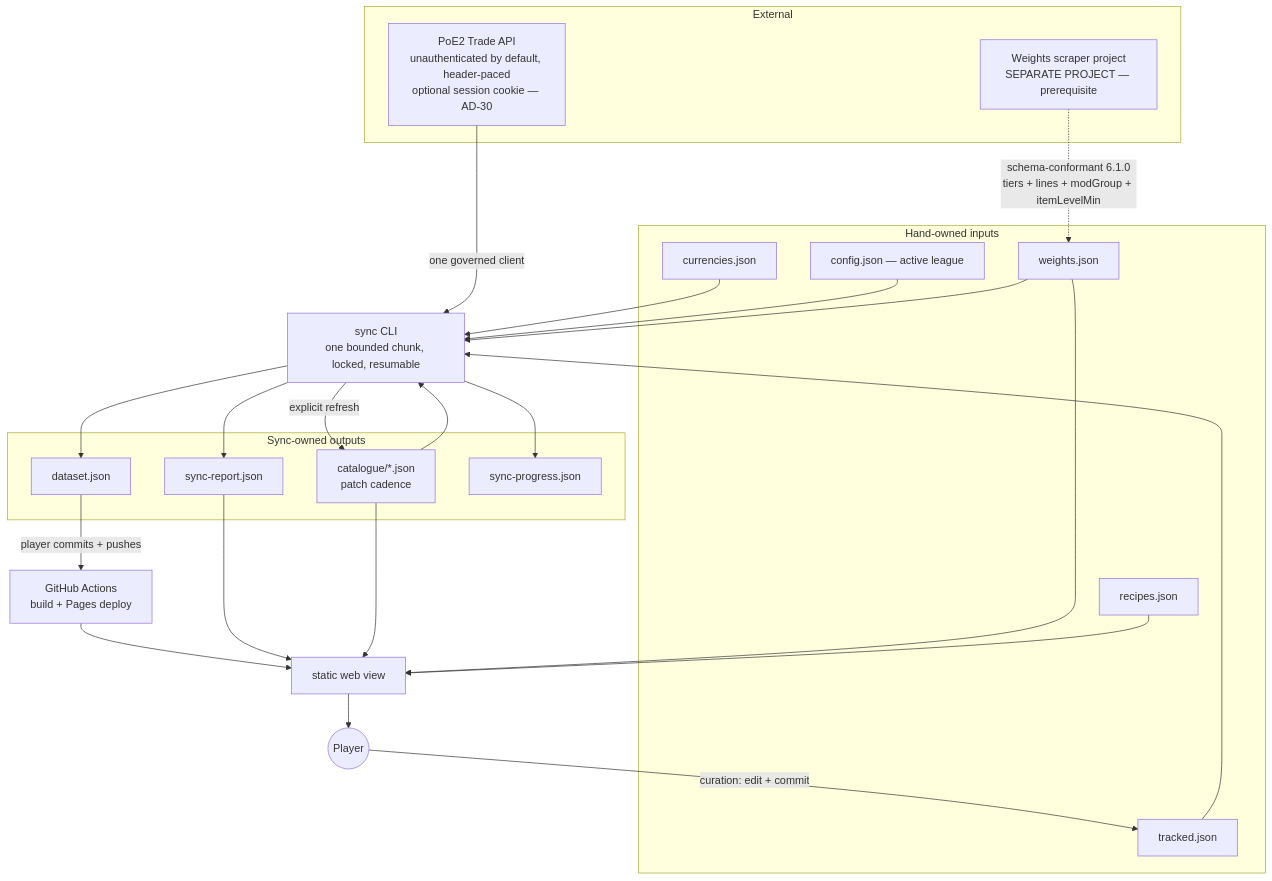
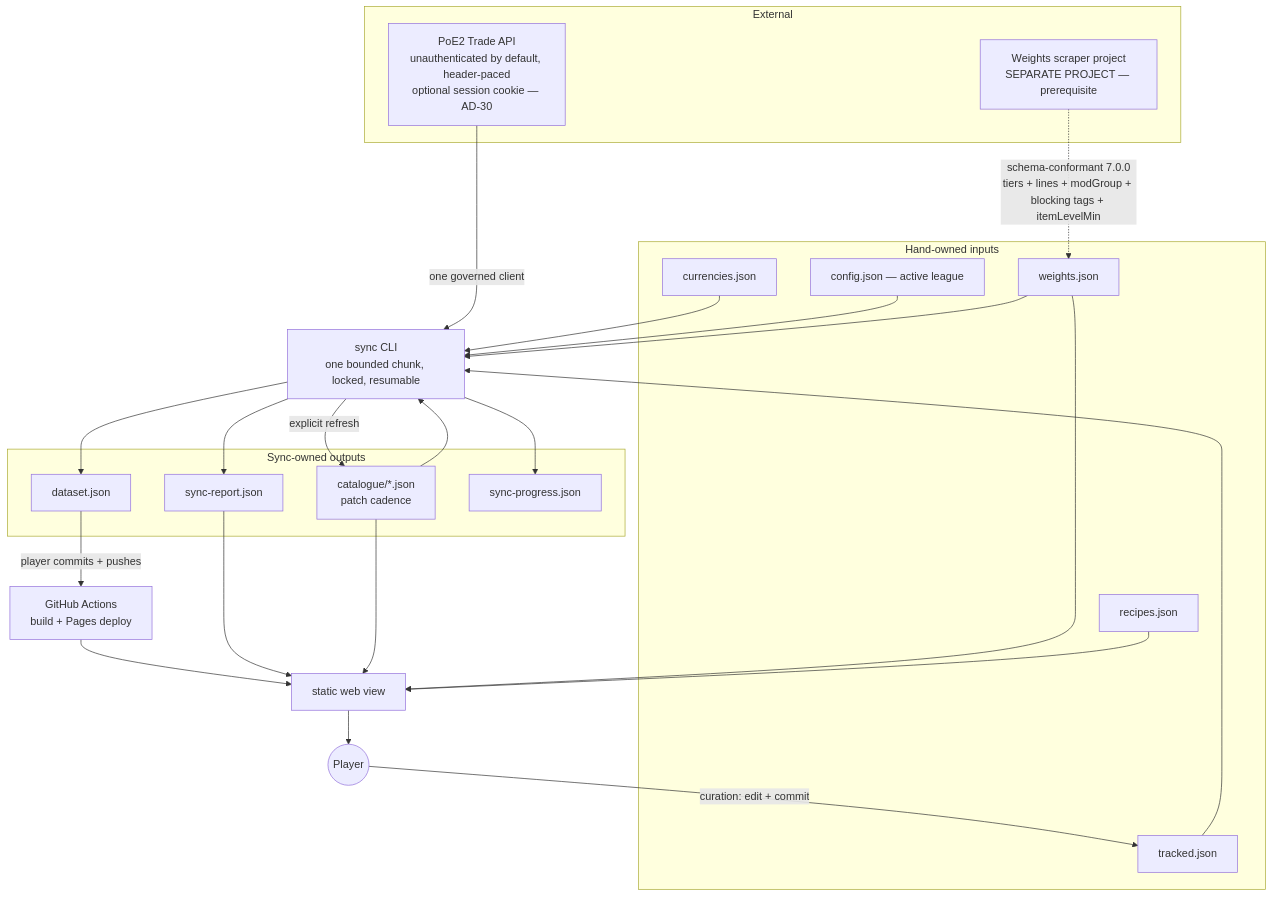
Before and after one commit to Dragsaw/poe-crafting-base-price-checker: the second of 3 diagrams in docs/architecture/architecture-poe-crafting-base-price-checker-2026-09-12/ARCHITECTURE-SPINE.md, drawn with Mermaid. The commit also changed other lines of this file and 10 other files, not shown here.

````diff
--- a/docs/architecture/architecture-poe-crafting-base-price-checker-2026-09-12/ARCHITECTURE-SPINE.md
+++ b/docs/architecture/architecture-poe-crafting-base-price-checker-2026-09-12/ARCHITECTURE-SPINE.md
@@ -1727,47 +1729,47 @@
 ```mermaid
 graph TB
   subgraph external[External]
     trade[PoE2 Trade API<br/>unauthenticated by default, header-paced<br/>optional session cookie — AD-30]
     producer[Weights scraper project<br/>SEPARATE PROJECT — prerequisite]
   end
 
   subgraph inputs[Hand-owned inputs]
     tracked[tracked.json]
     currencies[currencies.json]
     recipes[recipes.json]
     config[config.json — active league]
     weights[weights.json]
   end
 
   subgraph outputs[Sync-owned outputs]
     catalogue[catalogue/*.json<br/>patch cadence]
     dataset[dataset.json]
     report[sync-report.json]
     progress[sync-progress.json]
   end
 
   sync[sync CLI<br/>one bounded chunk, locked, resumable]
   pages[GitHub Actions<br/>build + Pages deploy]
   web[static web view]
   player((Player))
 
   trade -->|one governed client| sync
   tracked --> sync
   currencies --> sync
   config --> sync
   catalogue --> sync
   weights --> sync
   sync -->|explicit refresh| catalogue
   sync --> dataset
   sync --> report
   sync --> progress
-  producer -.->|schema-conformant 6.1.0<br/>tiers + lines + modGroup + itemLevelMin| weights
+  producer -.->|schema-conformant 7.0.0<br/>tiers + lines + modGroup + blocking tags + itemLevelMin| weights
   dataset -->|player commits + pushes| pages
   pages --> web
   weights --> web
   recipes --> web
   report --> web
   catalogue --> web
   web --> player
   player -->|curation: edit + commit| tracked
 ```
````
